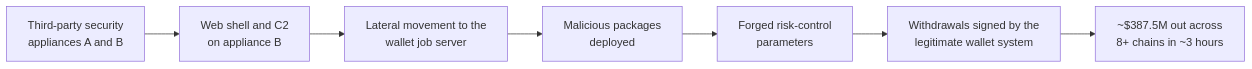
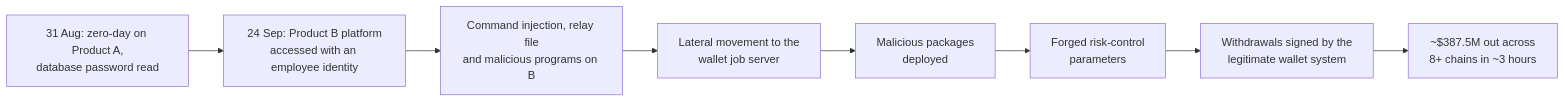
The third of 4 diagrams in _posts/2026-10-06-crypto-hacks-september-2026.md (rya-sge/access-denied), drawn with Mermaid before and after one commit. The commit also changed other lines of this file and 27 other files, not shown here.

````diff
--- a/_posts/2026-10-06-crypto-hacks-september-2026.md
+++ b/_posts/2026-10-06-crypto-hacks-september-2026.md
@@ -138,9 +146,10 @@
 ```mermaid
 flowchart LR
-    A[Third-party security<br/>appliances A and B] --> B[Web shell and C2<br/>on appliance B]
+    Z[31 Aug: zero-day on Product A,<br/>database password read] --> A
+    A[24 Sep: Product B platform<br/>accessed with an employee identity] --> B[Command injection, relay file<br/>and malicious programs on B]
     B --> C[Lateral movement to the<br/>wallet job server]
     C --> D[Malicious packages<br/>deployed]
     D --> E[Forged risk-control<br/>parameters]
     E --> F[Withdrawals signed by the<br/>legitimate wallet system]
     F --> G[~$387.5M out across<br/>8+ chains in ~3 hours]
 ```
````
